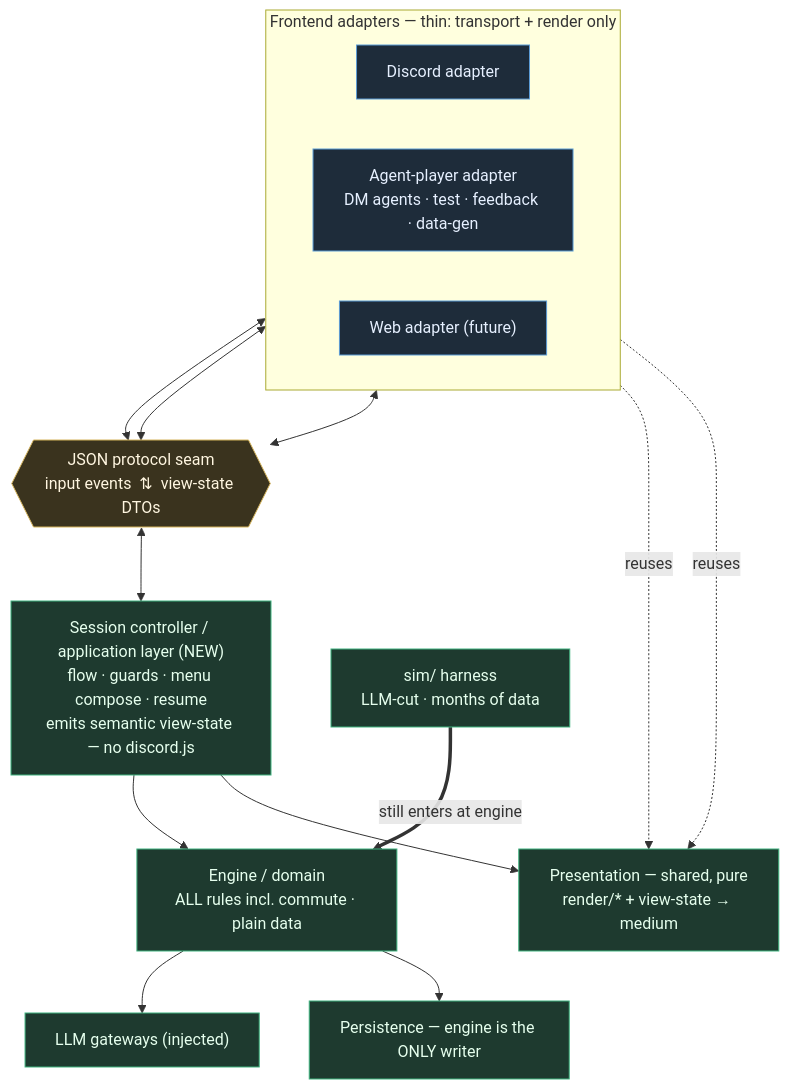
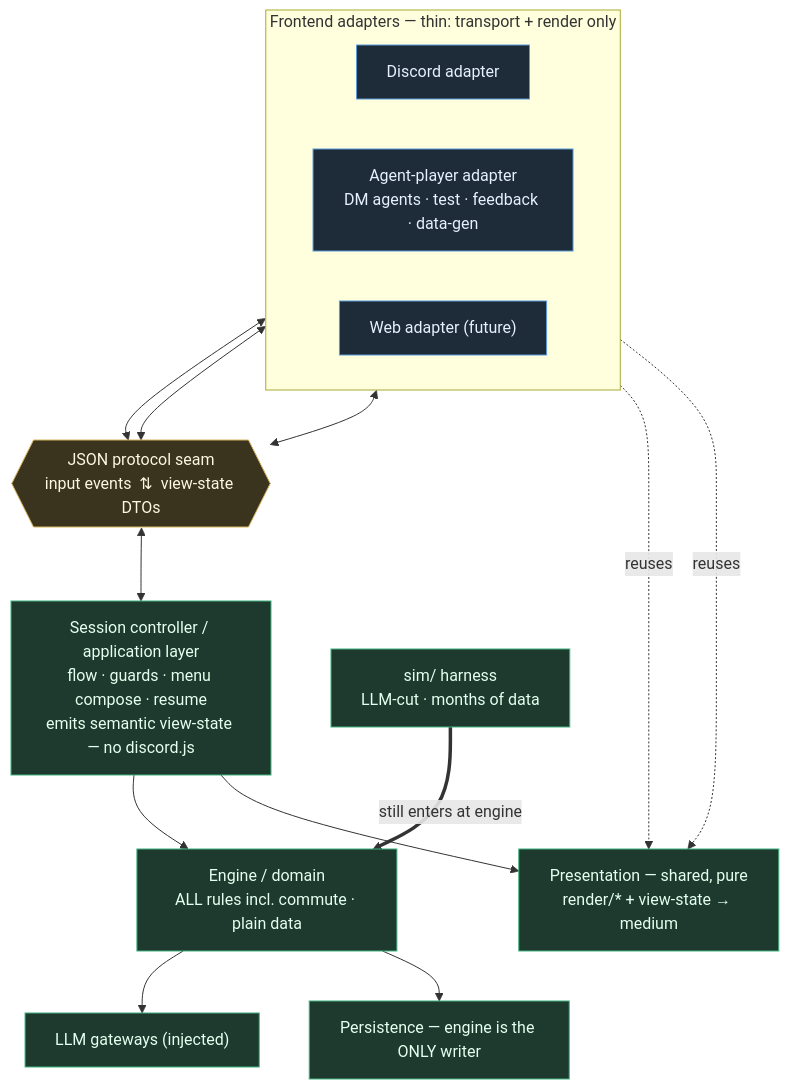
One commit to WernerVdM97/daily-pixel changed the second of 2 diagrams in docs/engine/layer-boundaries-and-json-seam.md. Above: the diagram before and after it, drawn with Mermaid. The commit also changed other lines of this file and 11 other files, not shown here.

````diff
--- a/docs/engine/layer-boundaries-and-json-seam.md
+++ b/docs/engine/layer-boundaries-and-json-seam.md
@@ -76,36 +78,36 @@
 ```mermaid
 flowchart TB
   classDef adapter fill:#1e2c3a,stroke:#5b9bd5,color:#e6f0ff
   classDef core fill:#1e3a2f,stroke:#3fb37f,color:#e6ffee
   classDef seam fill:#3a331e,stroke:#d5b45b,color:#fff6e0
 
   subgraph FE["Frontend adapters — thin: transport + render only"]
     direction LR
     DISC["Discord adapter"]:::adapter
     AGENT["Agent-player adapter<br/>DM agents · test · feedback · data-gen"]:::adapter
     WEB["Web adapter (future)"]:::adapter
   end
 
   PROTO{{"JSON protocol seam<br/>input events  ⇅  view-state DTOs"}}:::seam
 
-  CTRL["Session controller / application layer (NEW)<br/>flow · guards · menu compose · resume<br/>emits semantic view-state — no discord.js"]:::core
+  CTRL["Session controller / application layer<br/>flow · guards · menu compose · resume<br/>emits semantic view-state — no discord.js"]:::core
 
   PRES["Presentation — shared, pure<br/>render/* + view-state → medium"]:::core
   ENGINE2["Engine / domain<br/>ALL rules incl. commute · plain data"]:::core
   DB2["Persistence — engine is the ONLY writer"]:::core
   LLM2["LLM gateways (injected)"]:::core
 
   DISC <--> PROTO
   AGENT <--> PROTO
   WEB <--> PROTO
   PROTO <--> CTRL
   CTRL --> ENGINE2
   CTRL --> PRES
   DISC -.reuses.-> PRES
   AGENT -.reuses.-> PRES
   ENGINE2 --> LLM2
   ENGINE2 --> DB2
 
   SIM2["sim/ harness<br/>LLM-cut · months of data"]:::core
   SIM2 ==>|still enters at engine| ENGINE2
 ```
````
